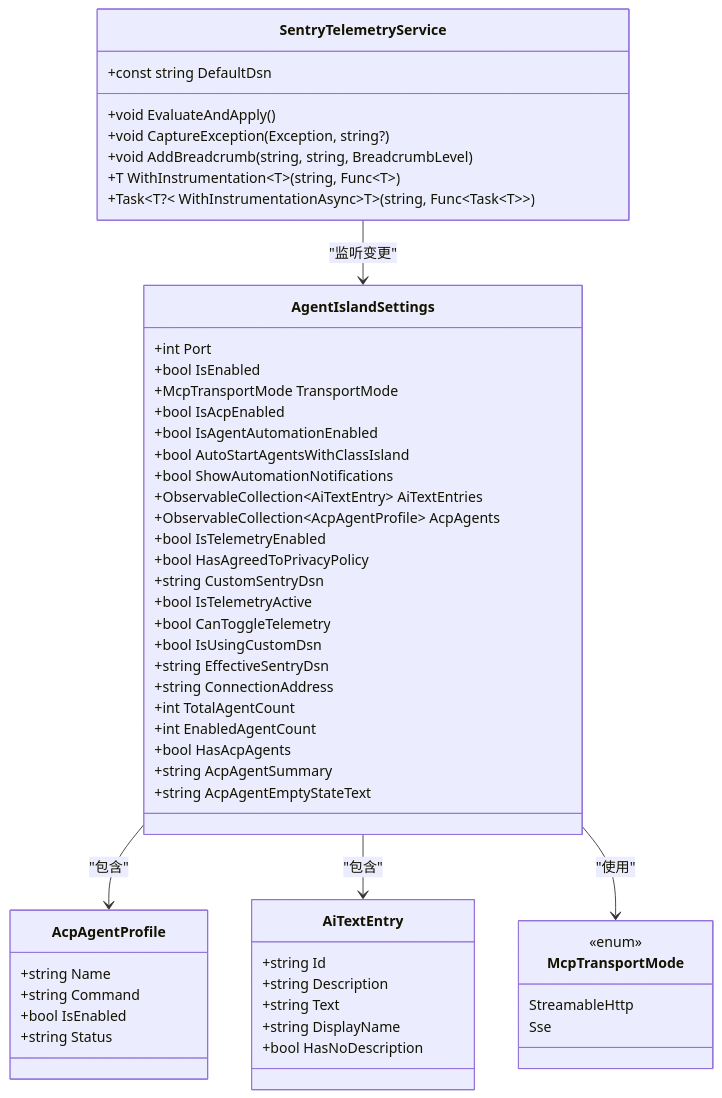
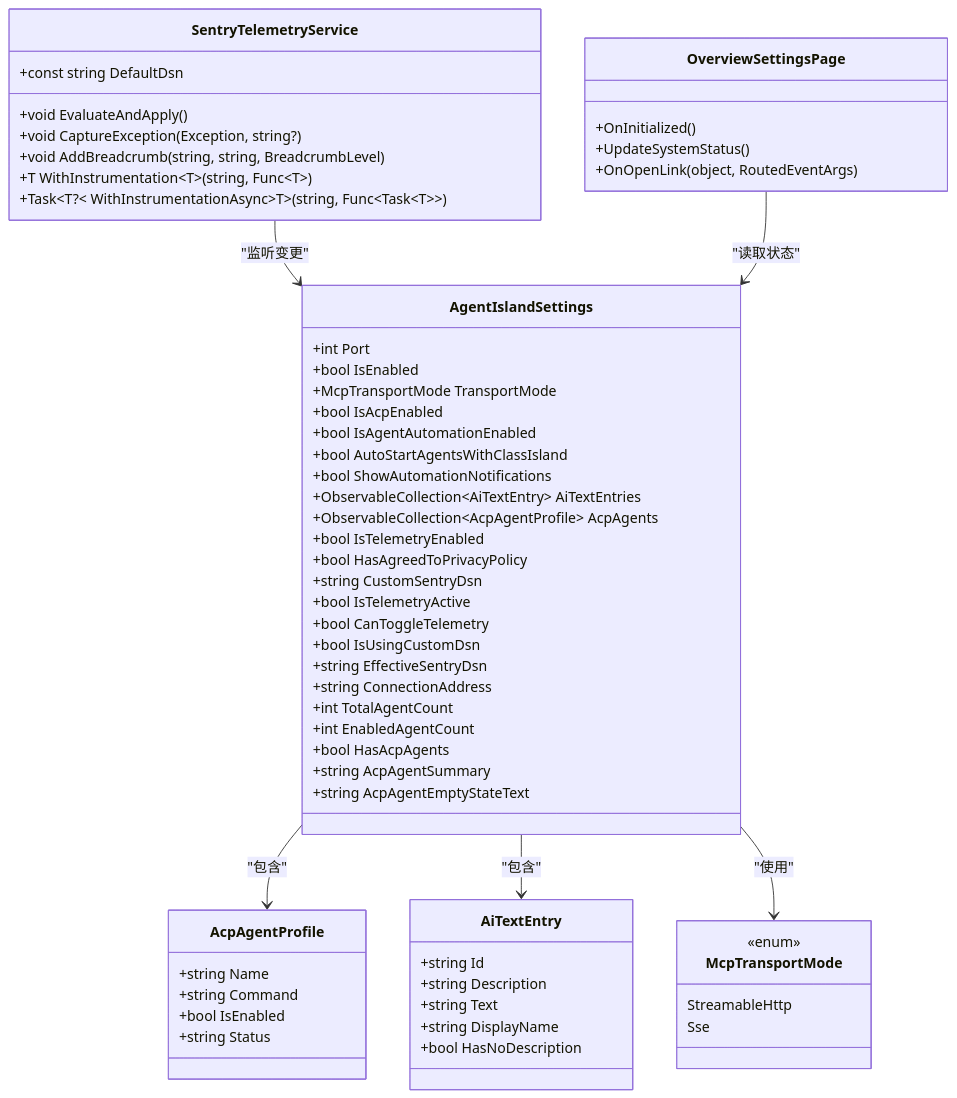
The second of 8 diagrams in .qoder/repowiki/zh/content/UI 组件系统/设置页面/设置页面.md (ShihaoShenDev/AgentIsland), drawn with Mermaid before and after one commit. The commit also changed other lines of this file and 54 other files, not shown here.

Commit message:
docs: restructure repowiki docs, add overview/settings pages, refresh telemetry docs and build scripts

````diff
--- a/.qoder/repowiki/zh/content/UI 组件系统/设置页面/设置页面.md
+++ b/.qoder/repowiki/zh/content/UI 组件系统/设置页面/设置页面.md
@@ -106,57 +119,63 @@
 ```mermaid
 classDiagram
 class AgentIslandSettings {
 +int Port
 +bool IsEnabled
 +McpTransportMode TransportMode
 +bool IsAcpEnabled
 +bool IsAgentAutomationEnabled
 +bool AutoStartAgentsWithClassIsland
 +bool ShowAutomationNotifications
 +ObservableCollection~AiTextEntry~ AiTextEntries
 +ObservableCollection~AcpAgentProfile~ AcpAgents
 +bool IsTelemetryEnabled
 +bool HasAgreedToPrivacyPolicy
 +string CustomSentryDsn
 +bool IsTelemetryActive
 +bool CanToggleTelemetry
 +bool IsUsingCustomDsn
 +string EffectiveSentryDsn
 +string ConnectionAddress
 +int TotalAgentCount
 +int EnabledAgentCount
 +bool HasAcpAgents
 +string AcpAgentSummary
 +string AcpAgentEmptyStateText
 }
 class AcpAgentProfile {
 +string Name
 +string Command
 +bool IsEnabled
 +string Status
 }
 class AiTextEntry {
 +string Id
 +string Description
 +string Text
 +string DisplayName
 +bool HasNoDescription
 }
 class McpTransportMode {
 <<enum>>
 StreamableHttp
 Sse
 }
 class SentryTelemetryService {
 +const string DefaultDsn
 +void EvaluateAndApply()
 +void CaptureException(Exception, string?)
 +void AddBreadcrumb(string, string, BreadcrumbLevel)
 +T WithInstrumentation~T~(string, Func~T~)
 +Task~T?~ WithInstrumentationAsync~T~(string, Func~Task~T~~)
 }
+class OverviewSettingsPage {
++OnInitialized()
++UpdateSystemStatus()
++OnOpenLink(object, RoutedEventArgs)
+}
 AgentIslandSettings --> AcpAgentProfile : "包含"
 AgentIslandSettings --> AiTextEntry : "包含"
 AgentIslandSettings --> McpTransportMode : "使用"
 SentryTelemetryService --> AgentIslandSettings : "监听变更"
+OverviewSettingsPage --> AgentIslandSettings : "读取状态"
 ```
````
